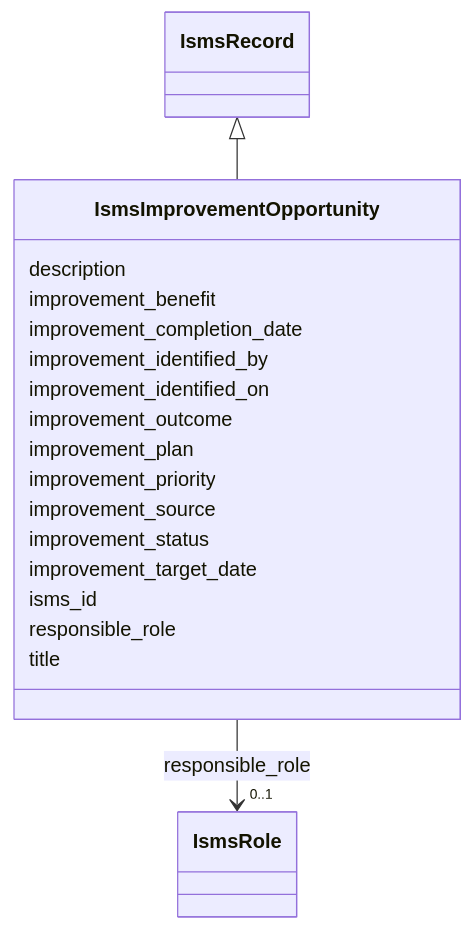
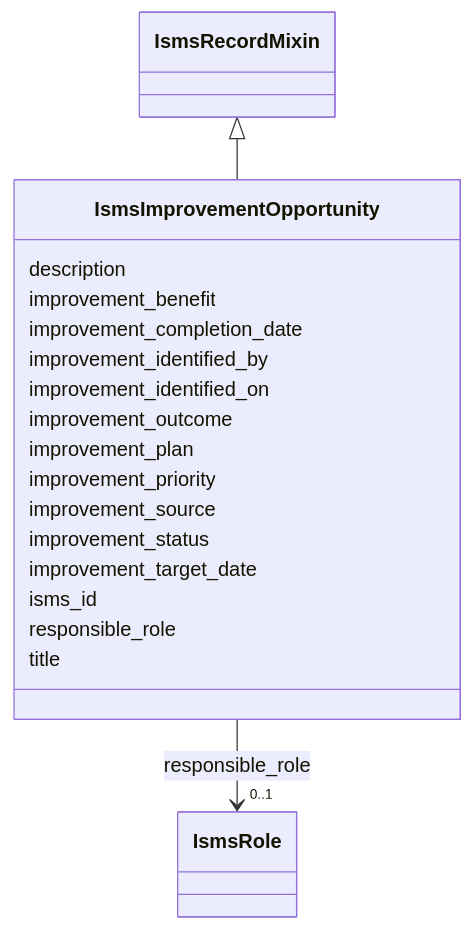
Before and after one commit to lmodel/iso27001: the diagram in project/mermaid/IsmsImprovementOpportunity.md, drawn with Mermaid. The commit also changed 171 other files, not shown here.

Commit message:
refactor(schema): make the record base a mixin so adapt can root records

````diff
--- a/project/mermaid/IsmsImprovementOpportunity.md
+++ b/project/mermaid/IsmsImprovementOpportunity.md
@@ -4,46 +4,46 @@
 ```mermaid
  classDiagram
     class IsmsImprovementOpportunity
     click IsmsImprovementOpportunity href "../IsmsImprovementOpportunity"
-      IsmsRecord <|-- IsmsImprovementOpportunity
-        click IsmsRecord href "../IsmsRecord"
+      IsmsRecordMixin <|-- IsmsImprovementOpportunity
+        click IsmsRecordMixin href "../IsmsRecordMixin"
       
       IsmsImprovementOpportunity : description
         
       IsmsImprovementOpportunity : improvement_benefit
         
       IsmsImprovementOpportunity : improvement_completion_date
         
       IsmsImprovementOpportunity : improvement_identified_by
         
       IsmsImprovementOpportunity : improvement_identified_on
         
       IsmsImprovementOpportunity : improvement_outcome
         
       IsmsImprovementOpportunity : improvement_plan
         
       IsmsImprovementOpportunity : improvement_priority
         
       IsmsImprovementOpportunity : improvement_source
         
       IsmsImprovementOpportunity : improvement_status
         
       IsmsImprovementOpportunity : improvement_target_date
         
       IsmsImprovementOpportunity : isms_id
         
       IsmsImprovementOpportunity : responsible_role
         
           
     
         
         
         IsmsImprovementOpportunity --> "0..1" IsmsRole : responsible_role
         click IsmsRole href "../IsmsRole"
     
 
         
       IsmsImprovementOpportunity : title
         
       
 ```
````
